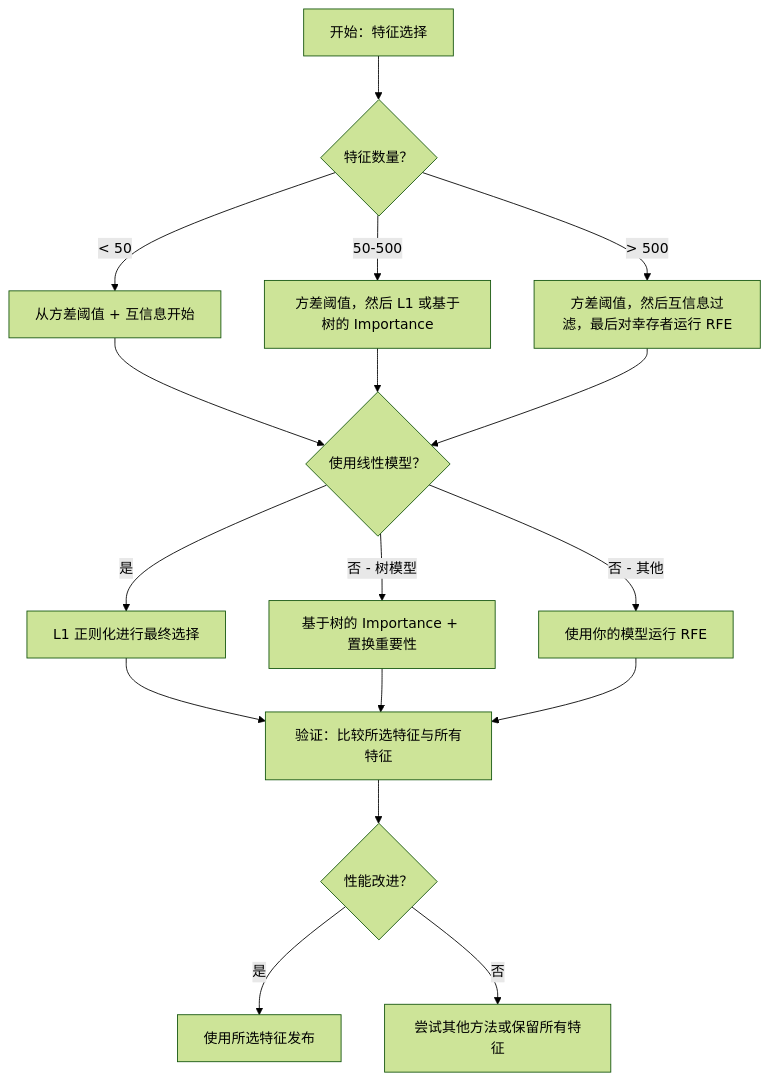
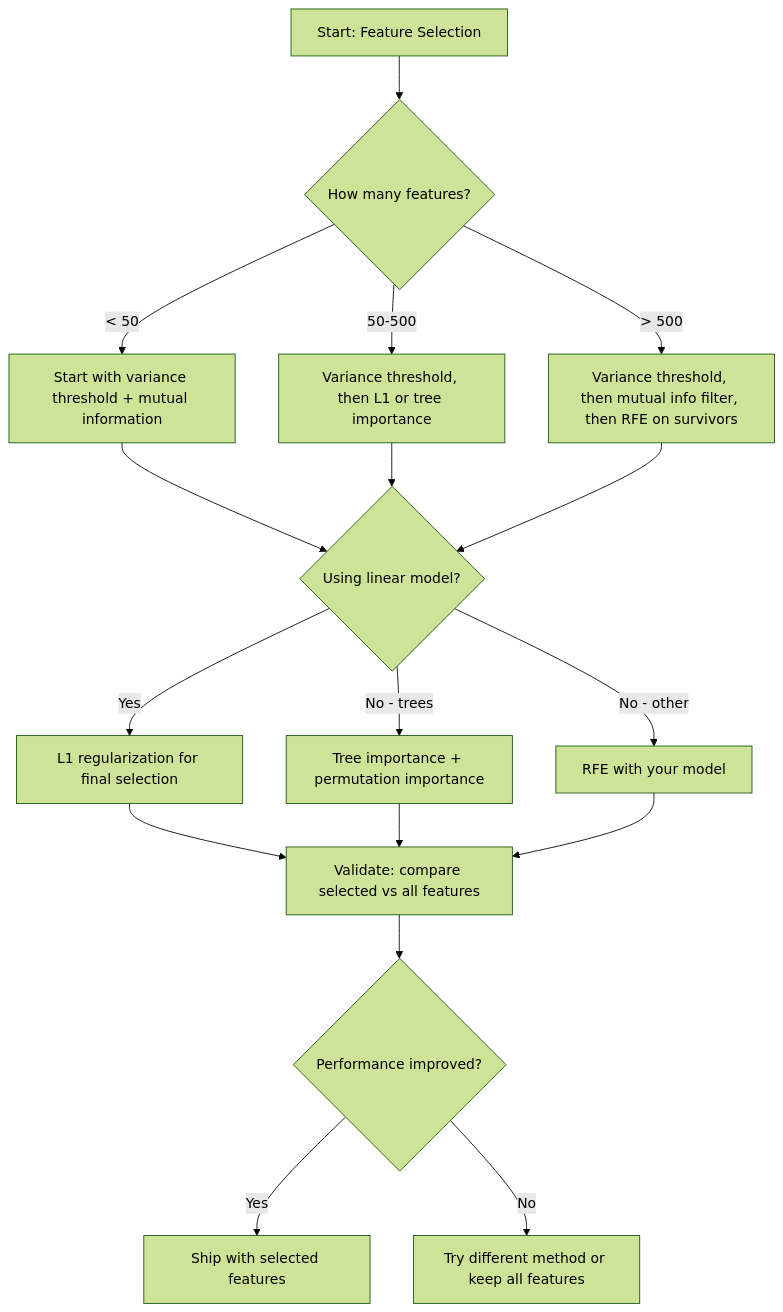
One commit to xiaojiaenen/ai-engineering-from-scratch-zh changed the fourth of 4 diagrams in i18n/zh/phases/02-ml-fundamentals/18-feature-selection/docs/zh.md. Above: the diagram before and after it, drawn with Mermaid (forest theme). The commit also changed other lines of this file and 18 other files, not shown here.

````diff
--- a/i18n/zh/phases/02-ml-fundamentals/18-feature-selection/docs/zh.md
+++ b/i18n/zh/phases/02-ml-fundamentals/18-feature-selection/docs/zh.md
@@ -181,23 +181,23 @@
 ```mermaid
 flowchart TD
-    A[开始：特征选择] --> B{特征数量？}
-    B -->|"< 50"| C["从方差阈值 + 互信息开始"]
-    B -->|"50-500"| D["方差阈值，然后 L1 或基于树的 Importance"]
-    B -->|"> 500"| E["方差阈值，然后互信息过滤，最后对幸存者运行 RFE"]
+    A[Start: Feature Selection] --> B{How many features?}
+    B -->|"< 50"| C["Start with variance threshold + mutual information"]
+    B -->|"50-500"| D["Variance threshold, then L1 or tree importance"]
+    B -->|"> 500"| E["Variance threshold, then mutual info filter, then RFE on survivors"]
 
-    C --> F{使用线性模型？}
+    C --> F{Using linear model?}
     D --> F
     E --> F
 
-    F -->|是| G["L1 正则化进行最终选择"]
-    F -->|否 - 树模型| H["基于树的 Importance + 置换重要性"]
-    F -->|否 - 其他| I["使用你的模型运行 RFE"]
+    F -->|Yes| G["L1 regularization for final selection"]
+    F -->|No - trees| H["Tree importance + permutation importance"]
+    F -->|No - other| I["RFE with your model"]
 
-    G --> J[验证：比较所选特征与所有特征]
+    G --> J[Validate: compare selected vs all features]
     H --> J
     I --> J
 
-    J --> K{性能改进？}
-    K -->|是| L["使用所选特征发布"]
-    K -->|否| M["尝试其他方法或保留所有特征"]
+    J --> K{Performance improved?}
+    K -->|Yes| L["Ship with selected features"]
+    K -->|No| M["Try different method or keep all features"]
 ```
````
